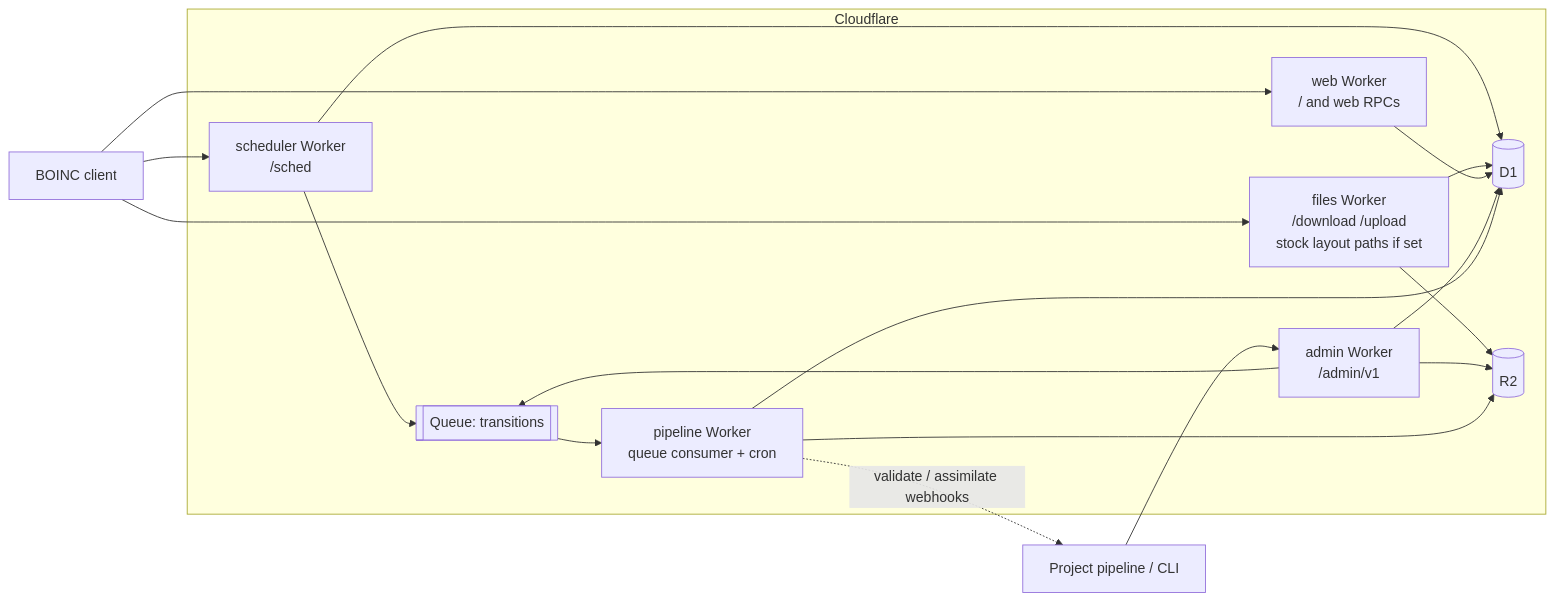
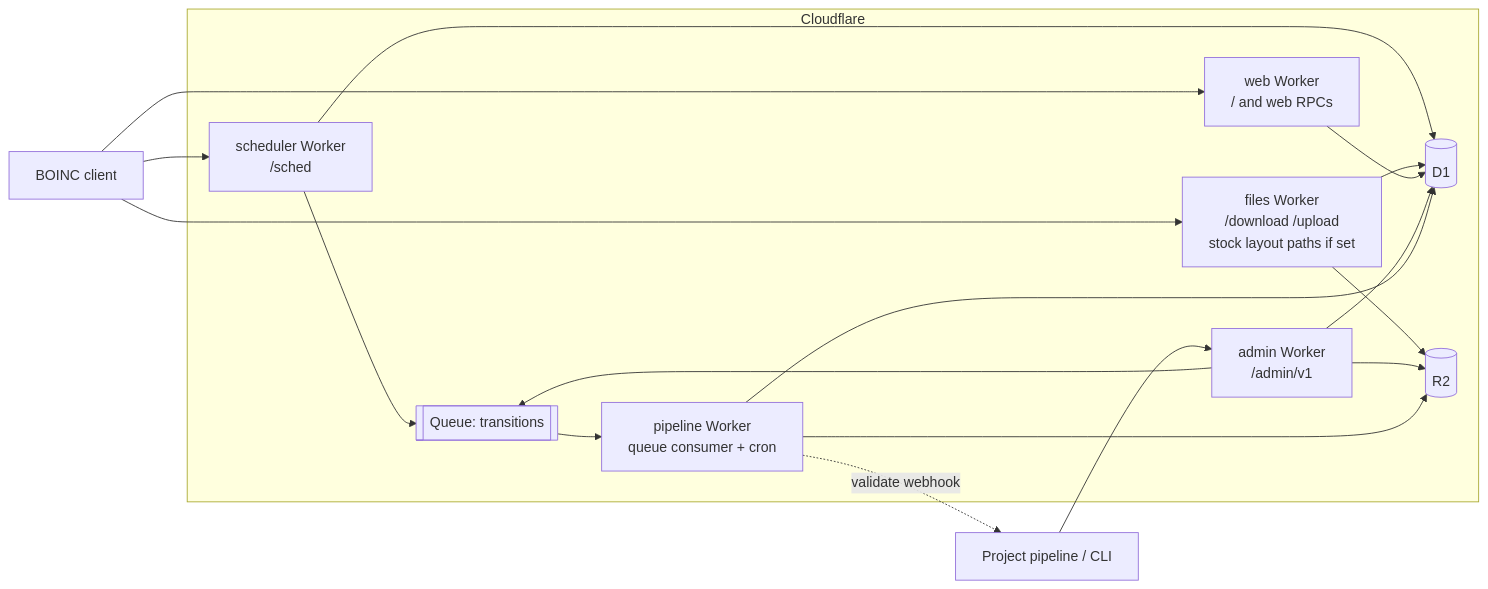
Before and after one commit to tgoodyear/cloud-boinc: the diagram in cloud/docs/architecture.md, drawn with Mermaid. The commit also changed other lines of this file and 9 other files, not shown here.

````diff
--- a/cloud/docs/architecture.md
+++ b/cloud/docs/architecture.md
@@ -48,28 +48,28 @@
 ```mermaid
 flowchart LR
   client[BOINC client]
   ops[Project pipeline / CLI]
 
   subgraph Cloudflare
     sched[scheduler Worker<br>/sched]
     files[files Worker<br>/download /upload<br>stock layout paths if set]
     web[web Worker<br>/ and web RPCs]
     admin[admin Worker<br>/admin/v1]
     pipe[pipeline Worker<br>queue consumer + cron]
     d1[(D1)]
     r2[(R2)]
     q[[Queue: transitions]]
   end
 
   client --> sched & files & web
   ops --> admin
   sched --> d1
   sched --> q
   files --> r2
   files --> d1
   web --> d1
   admin --> d1 & r2 & q
   q --> pipe
   pipe --> d1 & r2
-  pipe -. validate / assimilate webhooks .-> ops
+  pipe -. validate webhook .-> ops
 ```
````
